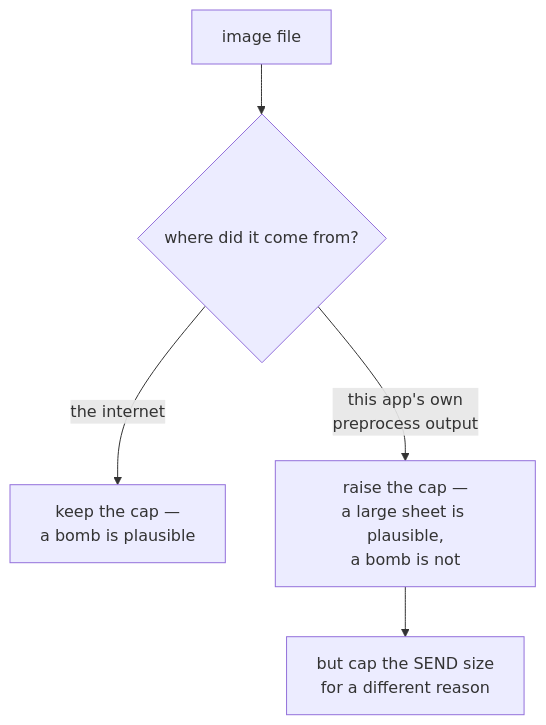
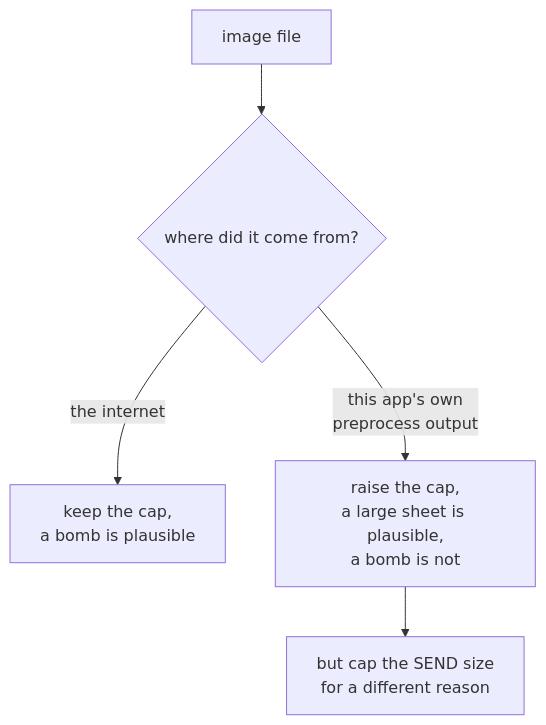
One commit to jennarbates/StratigraphyGenerator changed the diagram in docs/cs/decompression-bombs.md. Above: the diagram before and after it, drawn with Mermaid. The commit also changed other lines of this file and 309 other files, not shown here.

````diff
--- a/docs/cs/decompression-bombs.md
+++ b/docs/cs/decompression-bombs.md
@@ -34,7 +34,7 @@
 ```mermaid
 flowchart TB
   F["image file"] --> S{"where did it come from?"}
-  S -->|"the internet"| K["keep the cap —<br/>a bomb is plausible"]
-  S -->|"this app's own<br/>preprocess output"| R["raise the cap —<br/>a large sheet is plausible,<br/>a bomb is not"]
+  S -->|"the internet"| K["keep the cap,<br/>a bomb is plausible"]
+  S -->|"this app's own<br/>preprocess output"| R["raise the cap,<br/>a large sheet is plausible,<br/>a bomb is not"]
   R --> C["but cap the SEND size<br/>for a different reason"]
 ```
````
